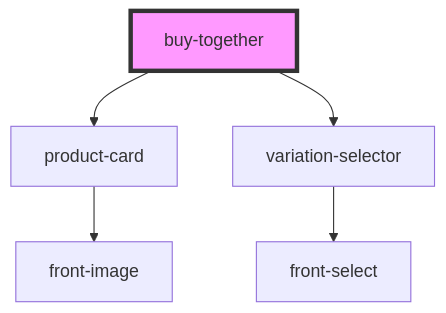
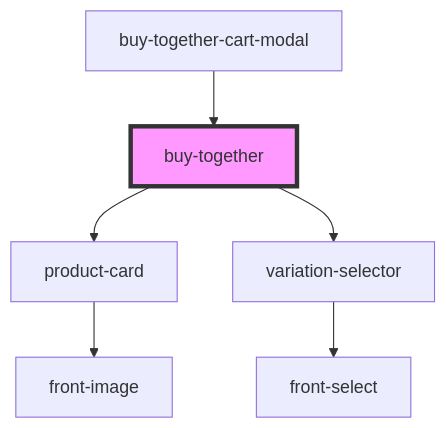
The diagram in src/components/buy-together/readme.md (commerce-suite/storefront-components), drawn with Mermaid before and after one commit. The commit also changed other lines of this file and 6 other files, not shown here.

Commit message:
feat: componente buy together cart modal

````diff
--- a/src/components/buy-together/readme.md
+++ b/src/components/buy-together/readme.md
@@ -46,8 +52,9 @@
 ```mermaid
 graph TD;
   buy-together --> product-card
   buy-together --> variation-selector
   product-card --> front-image
   variation-selector --> front-select
+  buy-together-cart-modal --> buy-together
   style buy-together fill:#f9f,stroke:#333,stroke-width:4px
 ```
````
